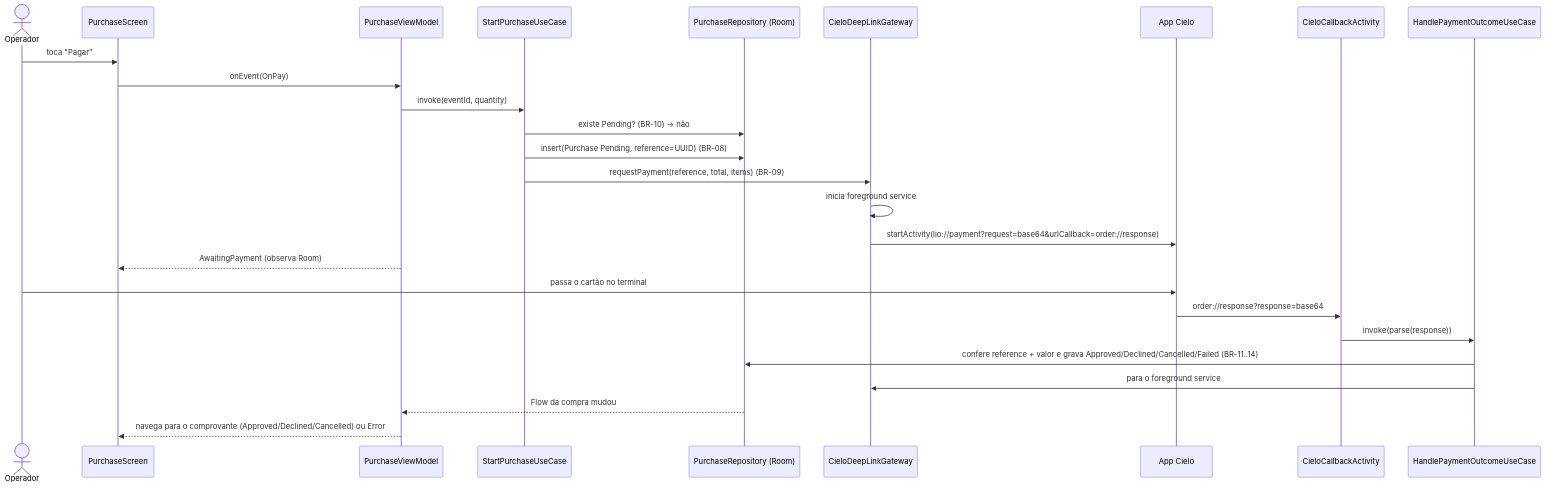
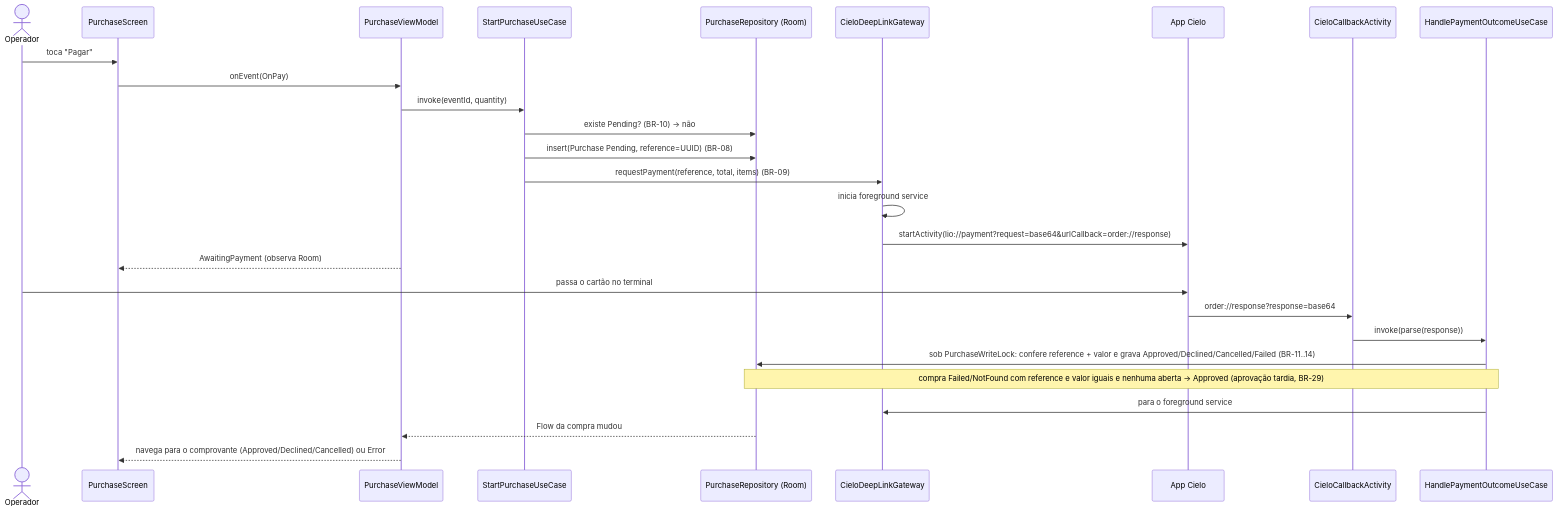
Before and after one commit to rafaeldso/bilheteria-cielo-smart: the second of 3 diagrams in docs/specs/001-venda-de-ingressos/plan.md, drawn with Mermaid. The commit also changed other lines of this file and 9 other files, not shown here.

First line of the commit message:
docs(ticketing): close T27 consistency-check and test the purchase write lock

````diff
--- a/docs/specs/001-venda-de-ingressos/plan.md
+++ b/docs/specs/001-venda-de-ingressos/plan.md
@@ -84,28 +84,29 @@
 ```mermaid
 sequenceDiagram
     actor O as Operador
     participant S as PurchaseScreen
     participant VM as PurchaseViewModel
     participant UC as StartPurchaseUseCase
     participant R as PurchaseRepository (Room)
     participant G as CieloDeepLinkGateway
     participant C as App Cielo
     participant CB as CieloCallbackActivity
     participant H as HandlePaymentOutcomeUseCase
     O->>S: toca "Pagar"
     S->>VM: onEvent(OnPay)
     VM->>UC: invoke(eventId, quantity)
     UC->>R: existe Pending? (BR-10) → não
     UC->>R: insert(Purchase Pending, reference=UUID) (BR-08)
     UC->>G: requestPayment(reference, total, items) (BR-09)
     G->>G: inicia foreground service
     G->>C: startActivity(lio://payment?request=base64&urlCallback=order://response)
     VM-->>S: AwaitingPayment (observa Room)
     O->>C: passa o cartão no terminal
     C->>CB: order://response?response=base64
     CB->>H: invoke(parse(response))
-    H->>R: confere reference + valor e grava Approved/Declined/Cancelled/Failed (BR-11..14)
+    H->>R: sob PurchaseWriteLock: confere reference + valor e grava Approved/Declined/Cancelled/Failed (BR-11..14)
+    Note over H,R: compra Failed/NotFound com reference e valor iguais e nenhuma aberta → Approved (aprovação tardia, BR-29)
     H->>G: para o foreground service
     R-->>VM: Flow da compra mudou
     VM-->>S: navega para o comprovante (Approved/Declined/Cancelled) ou Error
 ```
````
